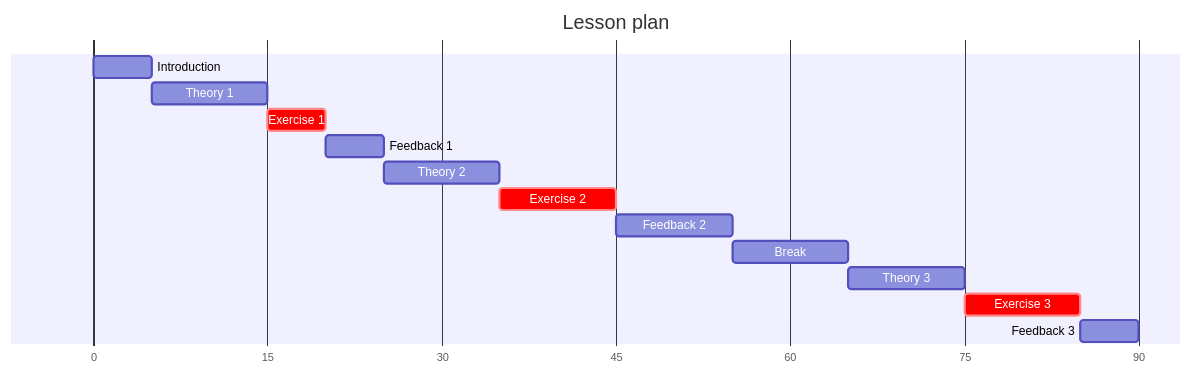
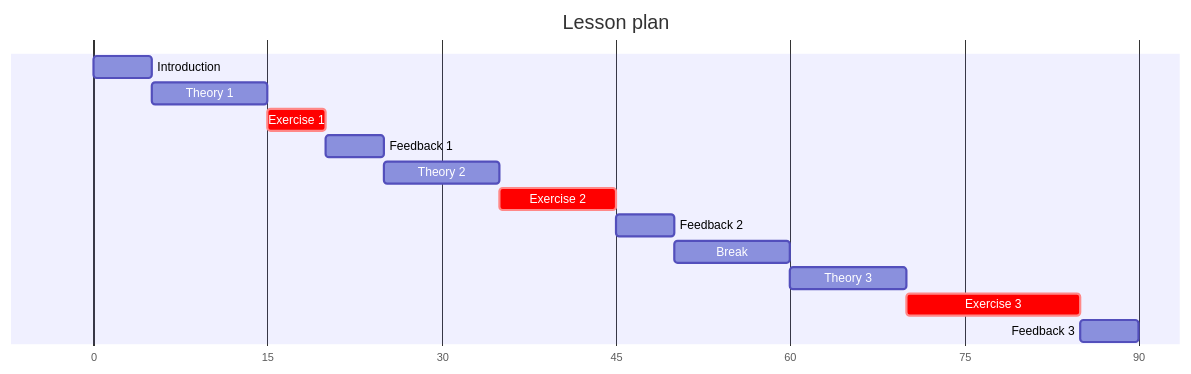
One commit to richelbilderbeek/lesson_mermaid changed the diagram in docs/misc/schedule.md. Above: the diagram before and after it, drawn with Mermaid. The commit also changed other lines of this file, not shown here.

````diff
--- a/docs/misc/schedule.md
+++ b/docs/misc/schedule.md
@@ -24,17 +24,17 @@
 ```mermaid
 gantt
   title Lesson plan
   dateFormat X
   axisFormat %s
   Introduction : intro, 0, 5s
   Theory 1: theory_1, after intro, 10s
   Exercise 1: crit, exercise_1, after theory_1, 5s
   Feedback 1: feedback_1, after exercise_1, 5s
   Theory 2: theory_2, after feedback_1, 10s
   Exercise 2: crit, exercise_2, after theory_2, 10s
-  Feedback 2: feedback_2, after exercise_2, 10s
+  Feedback 2: feedback_2, after exercise_2, 5s
   Break: break_1, after feedback_2, 10s
   Theory 3: theory_3, after break_1, 10s
-  Exercise 3: crit, exercise_3, after theory_3, 10s
+  Exercise 3: crit, exercise_3, after theory_3, 15s
   Feedback 3: feedback_3, after exercise_3, 5s
 ```
````
